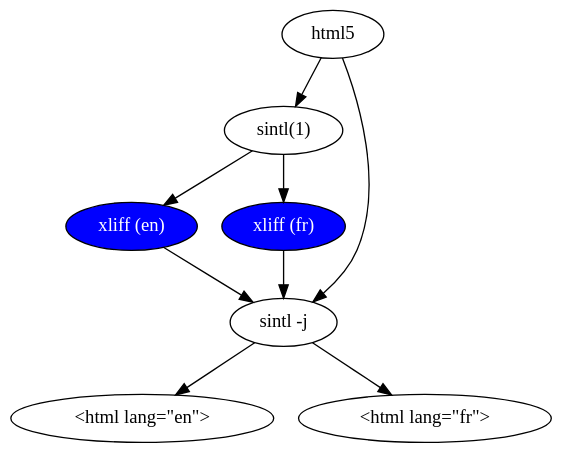
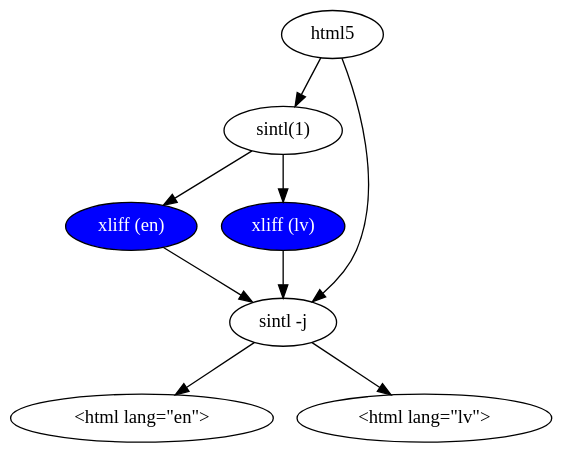
One commit to kristapsdz/bchs changed the diagram in translate-fig3.dot. Above: the diagram before and after it, drawn with Graphviz. The commit also changed 3 other files, not shown here.

```diff
--- a/translate-fig3.dot
+++ b/translate-fig3.dot
@@ -1,25 +1,25 @@
 digraph {
 	bgcolor="transparent";
 
 	config [label="html5"];
 	bin [label="sintl(1)"];
 	bin2 [label="sintl -j"];
 
 	xliffen [label="xliff (en)", style="filled", fillcolor="blue", fontcolor="white"];
-	xlifffr [label="xliff (fr)", style="filled", fillcolor="blue", fontcolor="white"];
+	xlifffr [label="xliff (lv)", style="filled", fillcolor="blue", fontcolor="white"];
 
 	htmlen [label="<html lang=\"en\">"]
-	htmlfr [label="<html lang=\"fr\">"]
+	htmlfr [label="<html lang=\"lv\">"]
 
 	config -> bin;
 	bin -> xliffen;
 	bin -> xlifffr;
 
 	xliffen -> bin2;
 	xlifffr -> bin2;
 
 	config -> bin2;
 
 	bin2 -> htmlen;
 	bin2 -> htmlfr;
 }
```
